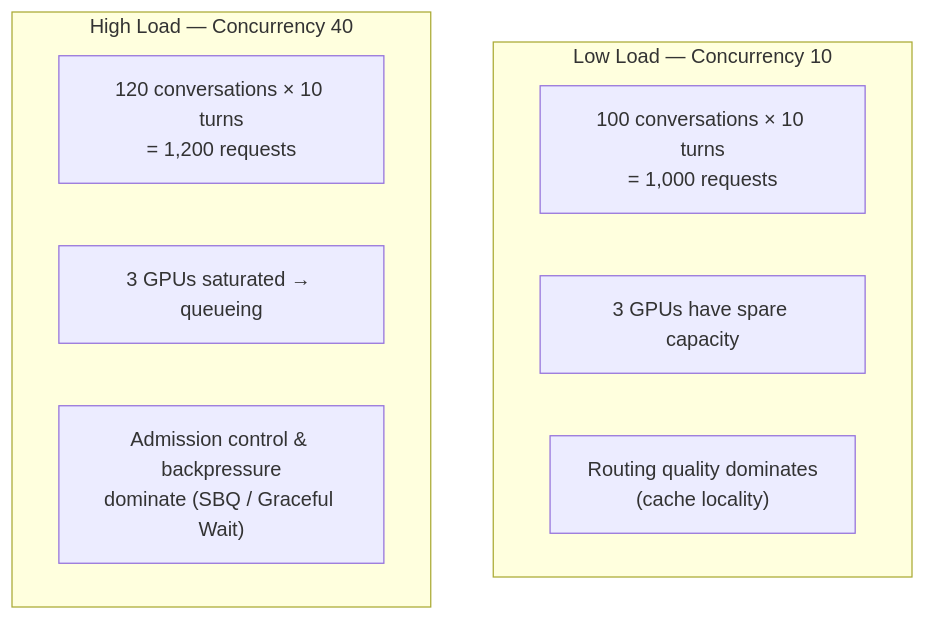
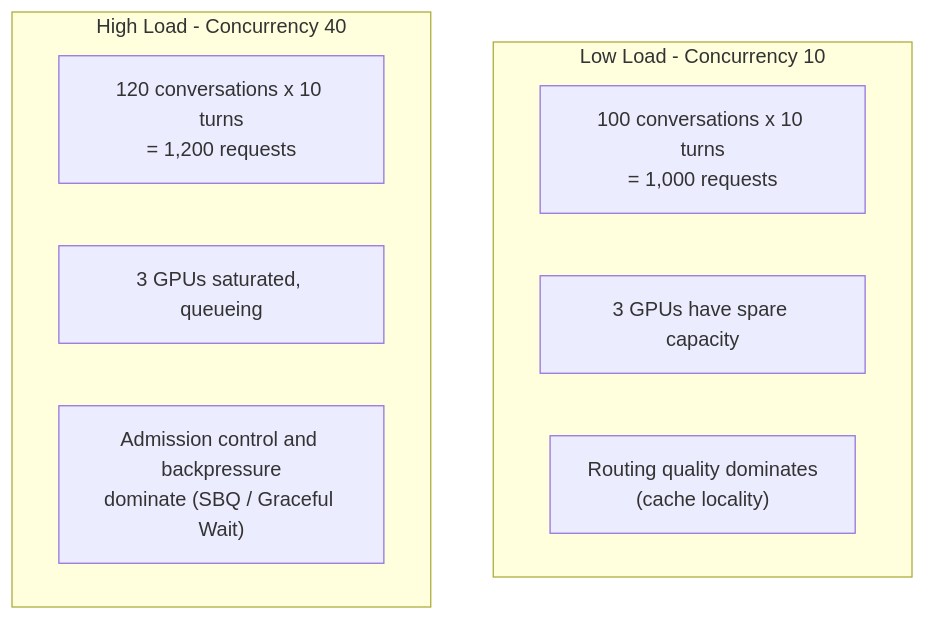
Before and after one commit to YaoZengzeng/kthena: the fourth of 20 diagrams in benchmark-report.md, drawn with Mermaid. The commit also changed other lines of this file, not shown here.

````diff
--- a/benchmark-report.md
+++ b/benchmark-report.md
@@ -173,13 +173,13 @@
 ```mermaid
 flowchart TB
-    subgraph Low["Low Load — Concurrency 10"]
-        L1["100 conversations × 10 turns<br/>= 1,000 requests"]
+    subgraph Low["Low Load - Concurrency 10"]
+        L1["100 conversations x 10 turns<br/>= 1,000 requests"]
         L2["3 GPUs have spare capacity"]
         L3["Routing quality dominates<br/>(cache locality)"]
     end
-    subgraph High["High Load — Concurrency 40"]
-        H1["120 conversations × 10 turns<br/>= 1,200 requests"]
-        H2["3 GPUs saturated → queueing"]
-        H3["Admission control & backpressure<br/>dominate (SBQ / Graceful Wait)"]
+    subgraph High["High Load - Concurrency 40"]
+        H1["120 conversations x 10 turns<br/>= 1,200 requests"]
+        H2["3 GPUs saturated, queueing"]
+        H3["Admission control and backpressure<br/>dominate (SBQ / Graceful Wait)"]
     end
 ```
````
